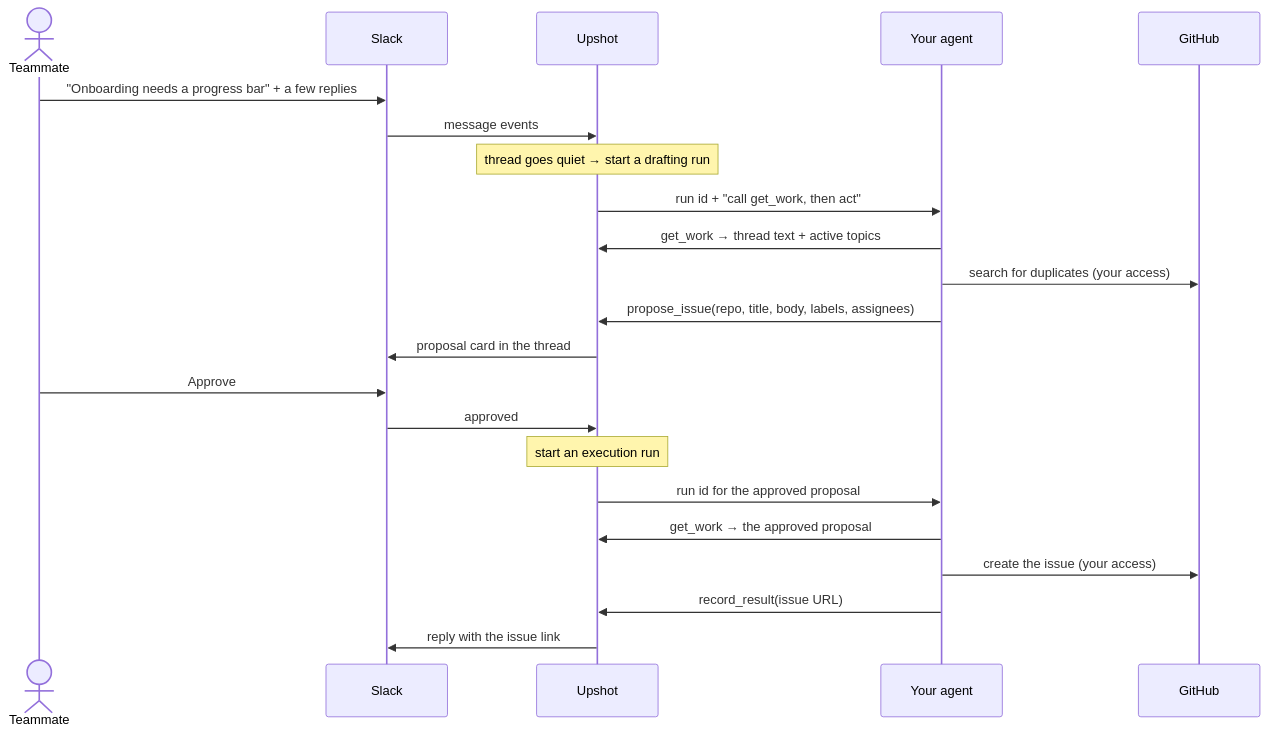
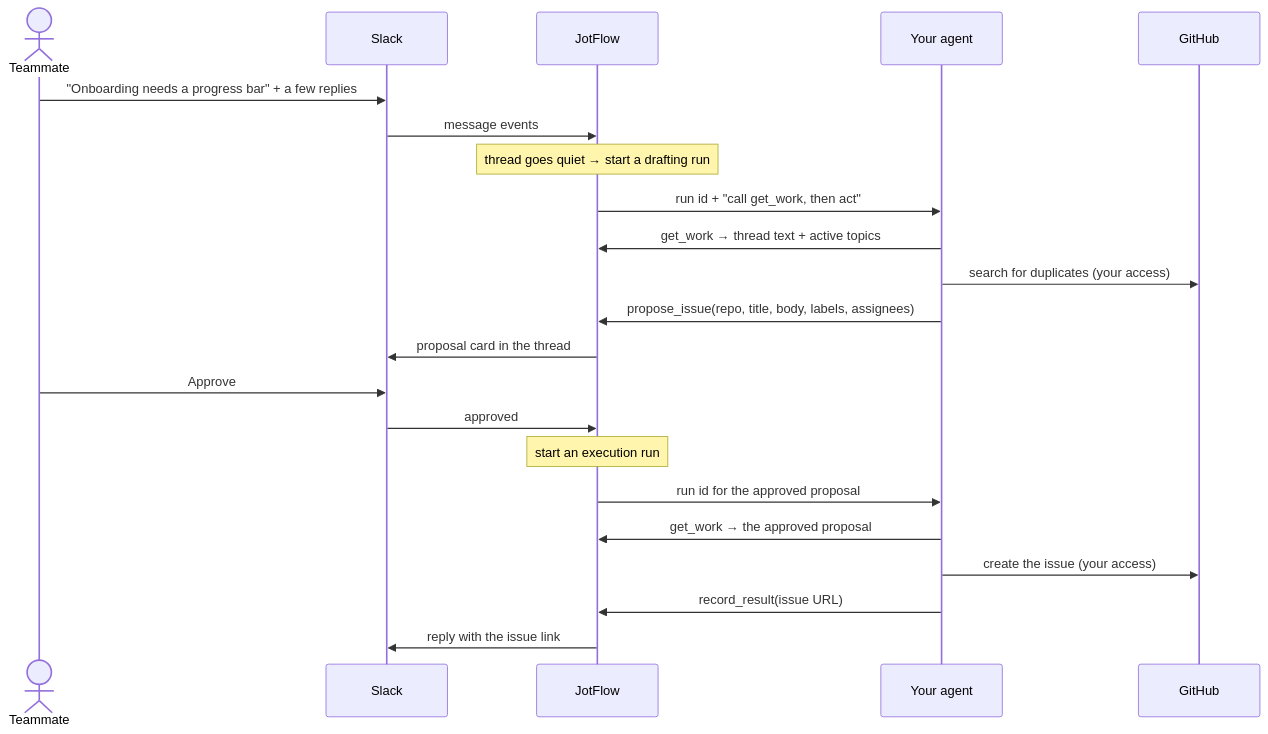
One commit to Jnkman787/jotflow changed the second of 2 diagrams in README.md. Above: the diagram before and after it, drawn with Mermaid. The commit also changed other lines of this file and 18 other files, not shown here.

First line of the commit message:
chore: rename project from Upshot to JotFlow (#50)

````diff
--- a/README.md
+++ b/README.md
@@ -49,25 +49,25 @@
 ```mermaid
 sequenceDiagram
     actor T as Teammate
     participant S as Slack
-    participant U as Upshot
+    participant U as JotFlow
     participant A as Your agent
     participant G as GitHub
 
     T->>S: "Onboarding needs a progress bar" + a few replies
     S->>U: message events
     Note over U: thread goes quiet → start a drafting run
     U->>A: run id + "call get_work, then act"
     A->>U: get_work → thread text + active topics
     A->>G: search for duplicates (your access)
     A->>U: propose_issue(repo, title, body, labels, assignees)
     U->>S: proposal card in the thread
     T->>S: Approve
     S->>U: approved
     Note over U: start an execution run
     U->>A: run id for the approved proposal
     A->>U: get_work → the approved proposal
     A->>G: create the issue (your access)
     A->>U: record_result(issue URL)
     U->>S: reply with the issue link
 ```
````
